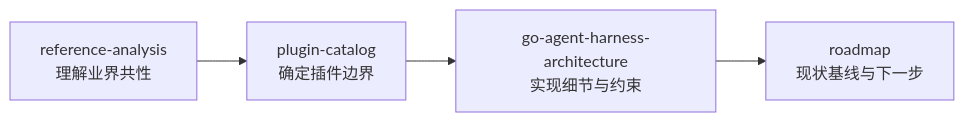
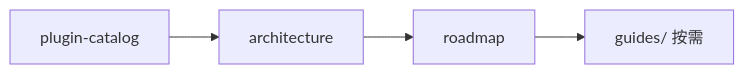
The diagram in docs/README.zh.md (lengzhao/agentkit), drawn with Mermaid before and after one commit. The commit also changed other lines of this file and 23 other files, not shown here.

````diff
--- a/docs/README.zh.md
+++ b/docs/README.zh.md
@@ -88,6 +42,6 @@
 ```mermaid
 flowchart LR
-  A["reference-analysis<br/>理解业界共性"] --> B["plugin-catalog<br/>确定插件边界"]
-  B --> C["go-agent-harness-architecture<br/>实现细节与约束"]
-  C --> D["roadmap<br/>现状基线与下一步"]
+  A["plugin-catalog"] --> B["architecture"]
+  B --> C["roadmap"]
+  C --> D["guides/ 按需"]
 ```
````
